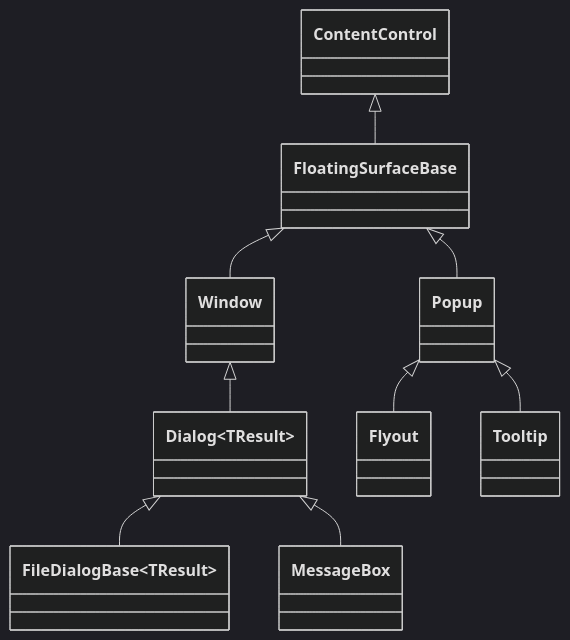
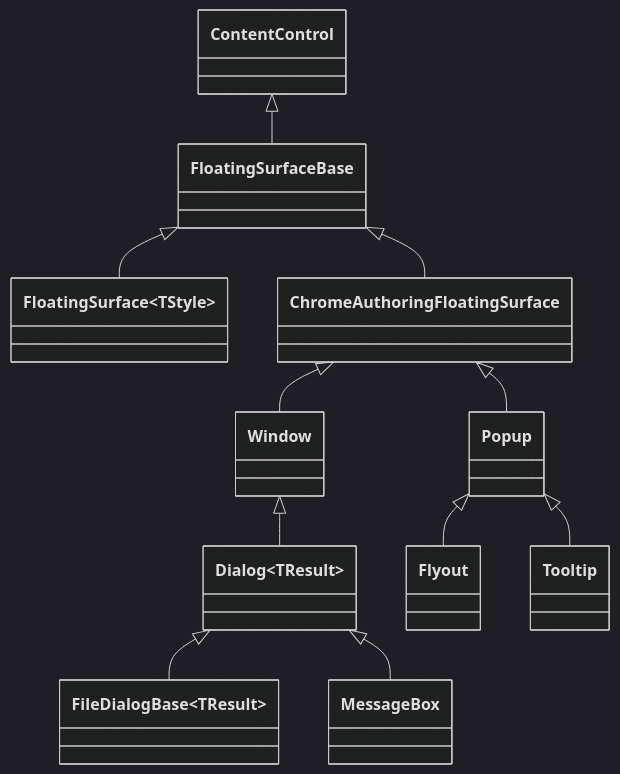
Before and after one commit to pavkam/sharp-vision: the diagram in docs/concepts/floating-surfaces.md, drawn with Mermaid (dark theme). The commit also changed other lines of this file, not shown here.

First line of the commit message:
Fix floating-surfaces.md class diagram to include ChromeAuthoringFloatingSurface

````diff
--- a/docs/concepts/floating-surfaces.md
+++ b/docs/concepts/floating-surfaces.md
@@ -10,11 +10,13 @@
 ```mermaid
 classDiagram
     ContentControl <|-- FloatingSurfaceBase
-    FloatingSurfaceBase <|-- Window
-    FloatingSurfaceBase <|-- Popup
+    FloatingSurfaceBase <|-- FloatingSurface~TStyle~
+    FloatingSurfaceBase <|-- ChromeAuthoringFloatingSurface
+    ChromeAuthoringFloatingSurface <|-- Window
+    ChromeAuthoringFloatingSurface <|-- Popup
     Window <|-- Dialog~TResult~
     Dialog~TResult~ <|-- FileDialogBase~TResult~
     Dialog~MessageBoxResult~ <|-- MessageBox
     Popup <|-- Flyout
     Popup <|-- Tooltip
 ```
````
